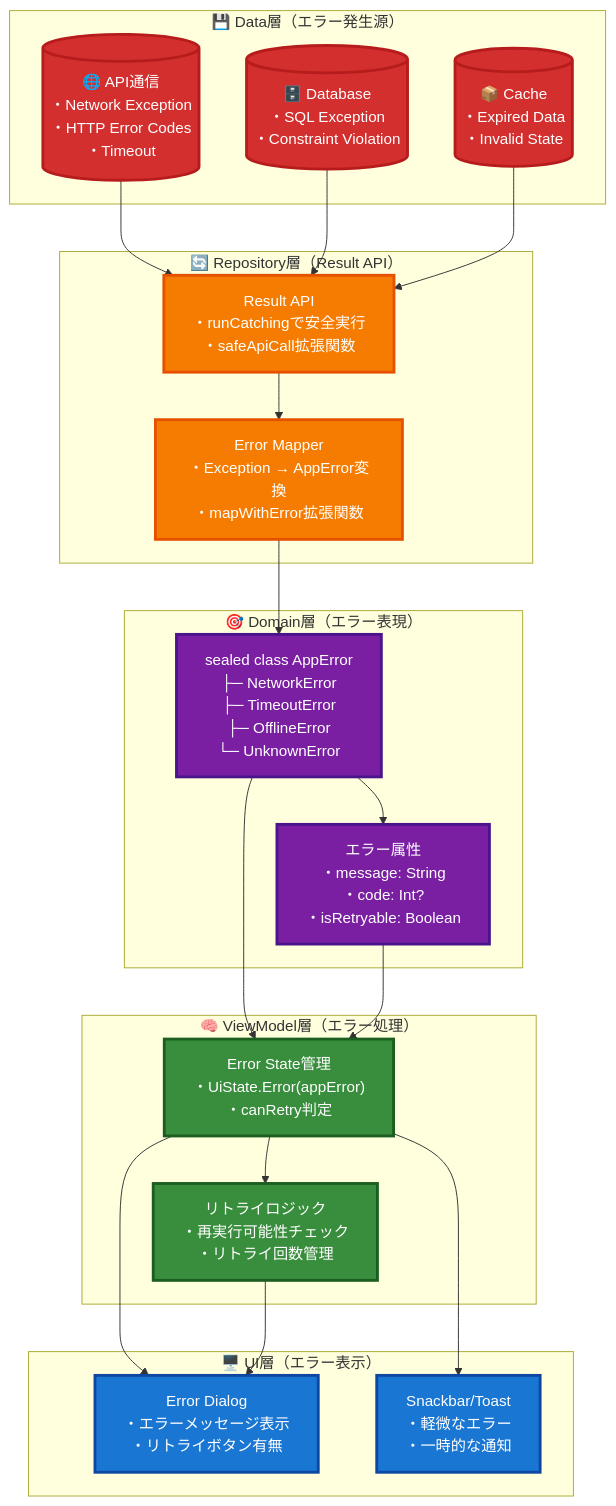
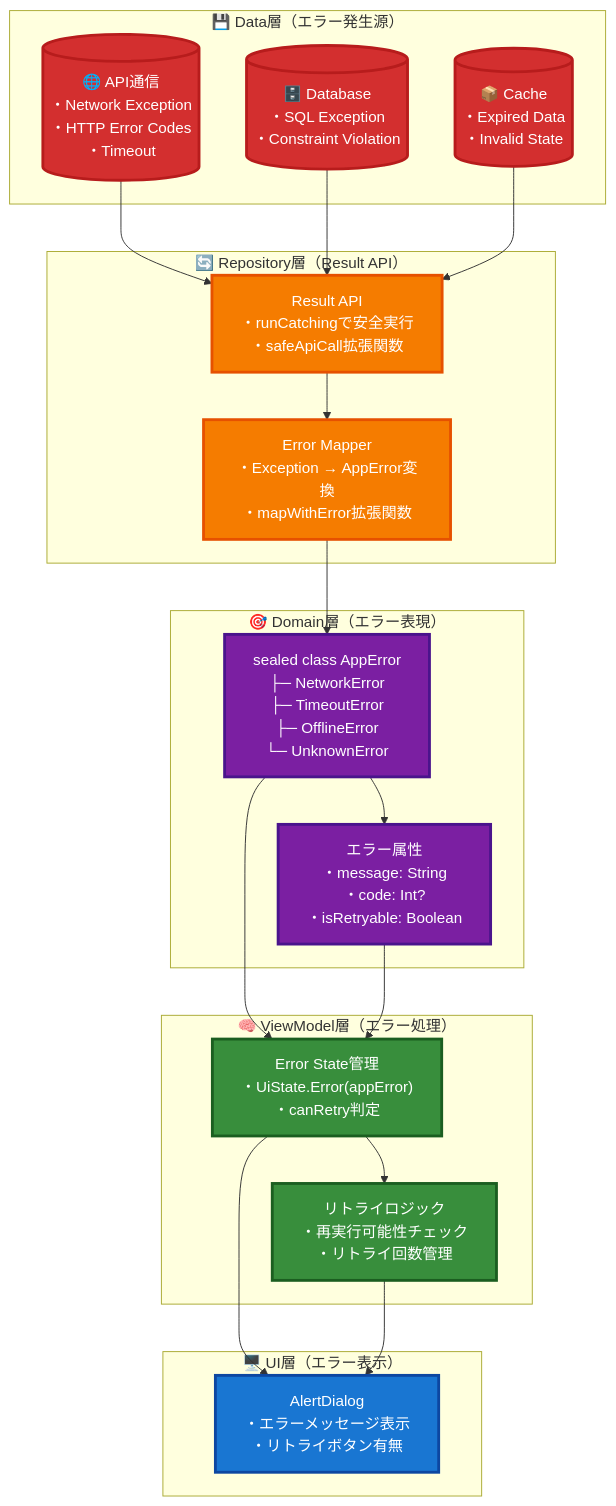
Before and after one commit to shimanukims/android-base: the third of 7 diagrams in ARCHITECTURE_GUIDE.md, drawn with Mermaid. The commit also changed other lines of this file, not shown here.

Commit message:
change architecture guide

````diff
--- a/ARCHITECTURE_GUIDE.md
+++ b/ARCHITECTURE_GUIDE.md
@@ -208,58 +221,56 @@
 ```mermaid
 flowchart TB
     subgraph DataLayer ["💾 Data層（エラー発生源）"]
         API[("🌐 API通信<br/>・Network Exception<br/>・HTTP Error Codes<br/>・Timeout")]
         DB[("🗄️ Database<br/>・SQL Exception<br/>・Constraint Violation")]
         Cache[("📦 Cache<br/>・Expired Data<br/>・Invalid State")]
     end
     
     subgraph ErrorCatchLayer ["🔄 Repository層（Result API）"]
         ResultAPI["Result API<br/>・runCatchingで安全実行<br/>・safeApiCall拡張関数"]
         ErrorMapper["Error Mapper<br/>・Exception → AppError変換<br/>・mapWithError拡張関数"]
     end
     
     subgraph DomainErrorLayer ["🎯 Domain層（エラー表現）"]
         AppErrorClass["sealed class AppError<br/>├─ NetworkError<br/>├─ TimeoutError<br/>├─ OfflineError<br/>└─ UnknownError"]
         ErrorAttributes["エラー属性<br/>・message: String<br/>・code: Int?<br/>・isRetryable: Boolean"]
     end
     
     subgraph ViewModelLayer ["🧠 ViewModel層（エラー処理）"]
         ErrorState["Error State管理<br/>・UiState.Error(appError)<br/>・canRetry判定"]
         RetryLogic["リトライロジック<br/>・再実行可能性チェック<br/>・リトライ回数管理"]
     end
     
     subgraph UILayer ["🖥️ UI層（エラー表示）"]
-        ErrorDialog["Error Dialog<br/>・エラーメッセージ表示<br/>・リトライボタン有無"]
-        Snackbar["Snackbar/Toast<br/>・軽微なエラー<br/>・一時的な通知"]
+        ErrorDialog["AlertDialog<br/>・エラーメッセージ表示<br/>・リトライボタン有無"]
     end
     
     %% データフロー定義
     API --> ResultAPI
     DB --> ResultAPI
     Cache --> ResultAPI
     
     ResultAPI --> ErrorMapper
     ErrorMapper --> AppErrorClass
     AppErrorClass --> ErrorAttributes
     
     AppErrorClass --> ErrorState
     ErrorAttributes --> ErrorState
     ErrorState --> RetryLogic
     
     ErrorState --> ErrorDialog
-    ErrorState --> Snackbar
     RetryLogic --> ErrorDialog
     
     %% スタイリング - VSCode対応
     classDef dataStyle fill:#d32f2f,stroke:#b71c1c,stroke-width:3px,color:#ffffff
     classDef catchStyle fill:#f57c00,stroke:#e65100,stroke-width:3px,color:#ffffff
     classDef domainStyle fill:#7b1fa2,stroke:#4a148c,stroke-width:3px,color:#ffffff
     classDef viewModelStyle fill:#388e3c,stroke:#1b5e20,stroke-width:3px,color:#ffffff
     classDef uiStyle fill:#1976d2,stroke:#0d47a1,stroke-width:3px,color:#ffffff
     
     class API,DB,Cache dataStyle
     class ResultAPI,ErrorMapper catchStyle
     class AppErrorClass,ErrorAttributes domainStyle
     class ErrorState,RetryLogic viewModelStyle
-    class ErrorDialog,Snackbar uiStyle
+    class ErrorDialog uiStyle
 ```
````
